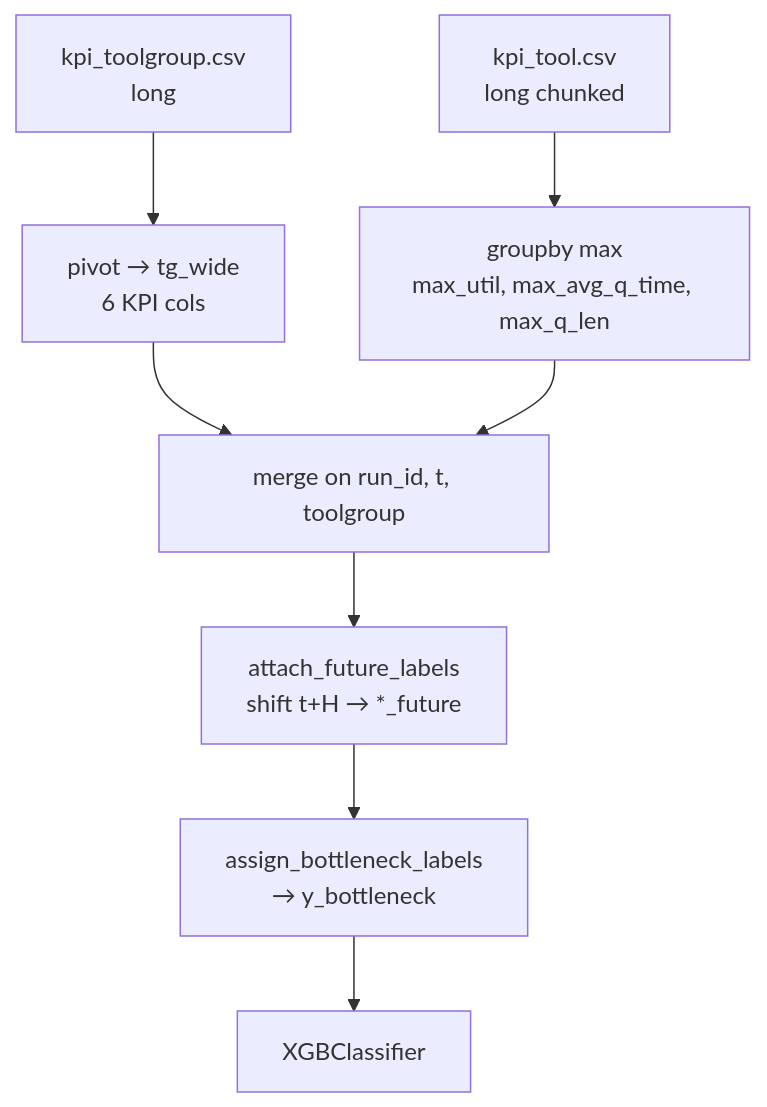
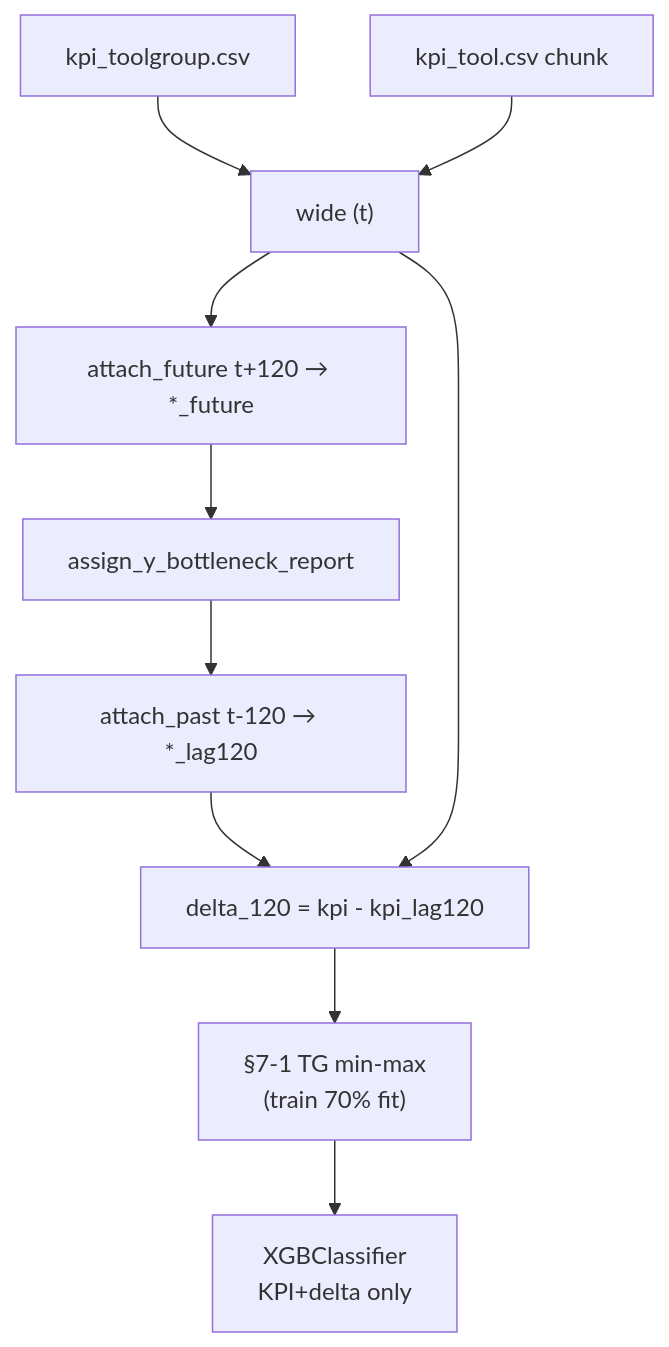
Before and after one commit to FabBear/Simulation: the third of 5 diagrams in docs/REPORT_SIMULATION_ML_FULL.md, drawn with Mermaid. The commit also changed other lines of this file and 1 other file, not shown here.

Commit message:
Complete first MVP ML pipeline and report update

````diff
--- a/docs/REPORT_SIMULATION_ML_FULL.md
+++ b/docs/REPORT_SIMULATION_ML_FULL.md
@@ -308,15 +324,19 @@
 ```mermaid
 flowchart TB
-  TG["kpi_toolgroup.csv\nlong"]
-  TOOL["kpi_tool.csv\nlong chunked"]
-  P1["pivot → tg_wide\n6 KPI cols"]
-  P2["groupby max\nmax_util, max_avg_q_time, max_q_len"]
-  M["merge on run_id, t, toolgroup"]
-  F["attach_future_labels\nshift t+H → *_future"]
-  Y["assign_bottleneck_labels\n→ y_bottleneck"]
-  XGB["XGBClassifier"]
+  TG["kpi_toolgroup.csv"]
+  TOOL["kpi_tool.csv chunk"]
+  W["wide (t)"]
+  FUT["attach_future t+120 → *_future"]
+  Y["assign_y_bottleneck_report"]
+  PAST["attach_past t-120 → *_lag120"]
+  D["delta_120 = kpi - kpi_lag120"]
+  SCL["§7-1 TG min-max\n(train 70% fit)"]
+  XGB["XGBClassifier\nKPI+delta only"]
 
-  TG --> P1 --> M
-  TOOL --> P2 --> M
-  M --> F --> Y --> XGB
+  TG --> W
+  TOOL --> W
+  W --> FUT --> Y
+  Y --> PAST --> D
+  W --> D
+  D --> SCL --> XGB
 ```
````
